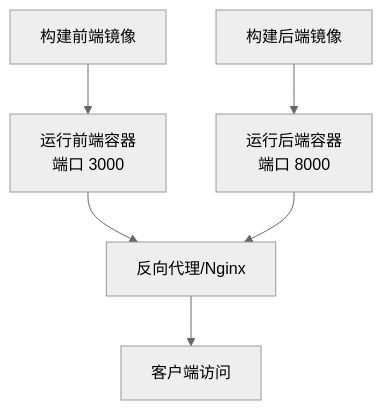
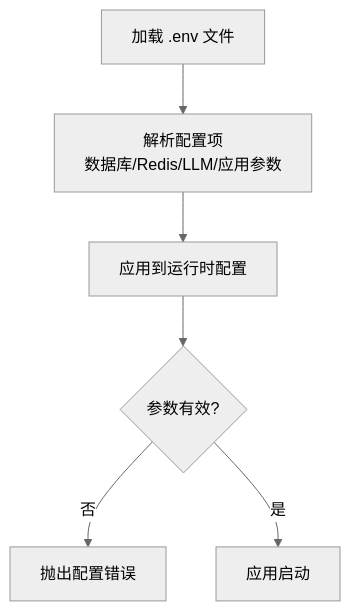
One commit to sansansansansan2022-web/hotclaw changed the fourth of 7 diagrams in .qoder/repowiki/zh/content/部署指南/部署指南.md. Above: the diagram before and after it, drawn with Mermaid (neutral theme). The commit also changed other lines of this file and 288 other files, not shown here.

````diff
--- a/.qoder/repowiki/zh/content/部署指南/部署指南.md
+++ b/.qoder/repowiki/zh/content/部署指南/部署指南.md
@@ -178,8 +195,8 @@
 ```mermaid
 flowchart TD
-A["构建前端镜像"] --> B["运行前端容器<br/>端口 3000"]
-C["构建后端镜像"] --> D["运行后端容器<br/>端口 8000"]
-B --> E["反向代理/Nginx"]
-D --> E
-E --> F["客户端访问"]
+LoadEnv["加载 .env 文件"] --> Parse["解析配置项<br/>数据库/Redis/LLM/应用参数"]
+Parse --> Apply["应用到运行时配置"]
+Apply --> Validate{"参数有效?"}
+Validate --> |否| Fail["抛出配置错误"]
+Validate --> |是| Ready["应用启动"]
 ```
````
